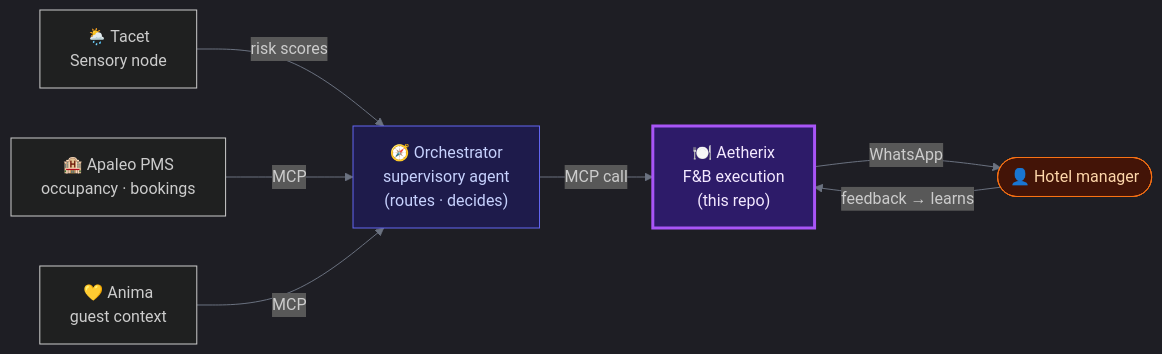
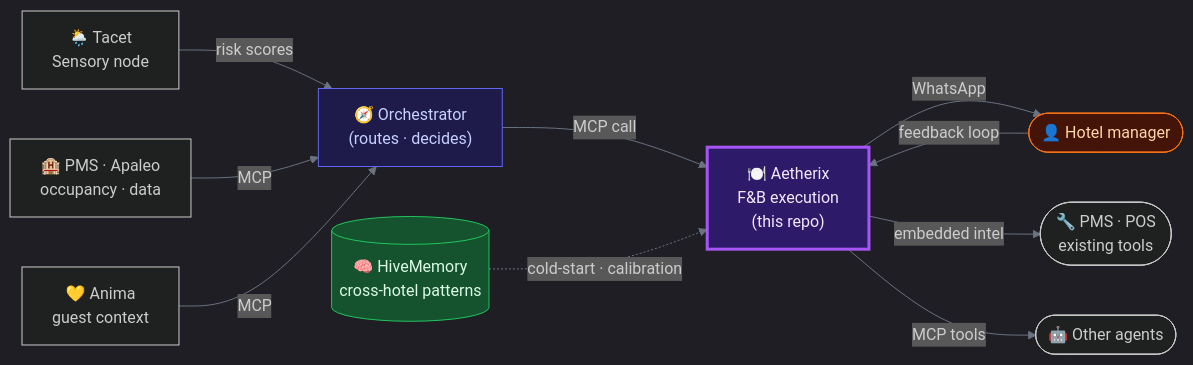
One commit to IvandeMurard/aetherix-hospitality-ai changed the first of 2 diagrams in README.md. Above: the diagram before and after it, drawn with Mermaid. The commit also changed other lines of this file, not shown here.

````diff
--- a/README.md
+++ b/README.md
@@ -48,14 +81,18 @@
 ```mermaid
 %%{init: {'theme':'dark','themeVariables':{'lineColor':'#6b7280','primaryColor':'#1e1b4b','primaryBorderColor':'#6366f1','primaryTextColor':'#e9d5ff'}}}%%
 flowchart LR
     TACET["🌦️ Tacet\nSensory node"] -- "risk scores" --> ORCH
-    PMS["🏨 Apaleo PMS\noccupancy · bookings"] -- "MCP" --> ORCH
-    ORCH["🧭 Orchestrator\nsupervisory agent\n(routes · decides)"] -- "MCP call" --> AETX
+    PMS["🏨 PMS · Apaleo\noccupancy · data"] -- "MCP" --> ORCH
     ANIMA["💛 Anima\nguest context"] -- "MCP" --> ORCH
+    ORCH["🧭 Orchestrator\n(routes · decides)"] -- "MCP call" --> AETX
     AETX["🍽️ Aetherix\nF&B execution\n(this repo)"] -- "WhatsApp" --> MGR(["👤 Hotel manager"])
-    MGR -- "feedback → learns" --> AETX
+    AETX -- "embedded intel" --> TOOLS(["🔧 PMS · POS\nexisting tools"])
+    AETX -- "MCP tools" --> OAGENTS(["🤖 Other agents"])
+    MGR -- "feedback loop" --> AETX
+    HIVE[("🧠 HiveMemory\ncross-hotel patterns")] -. "cold-start · calibration" .-> AETX
 
     style AETX fill:#2d1b69,stroke:#a855f7,stroke-width:3px,color:#f3e8ff
     style ORCH fill:#1e1b4b,stroke:#6366f1,color:#c7d2fe
     style MGR fill:#431407,stroke:#f97316,color:#fed7aa
+    style HIVE fill:#14532d,stroke:#22c55e,color:#dcfce7
 ```
````
